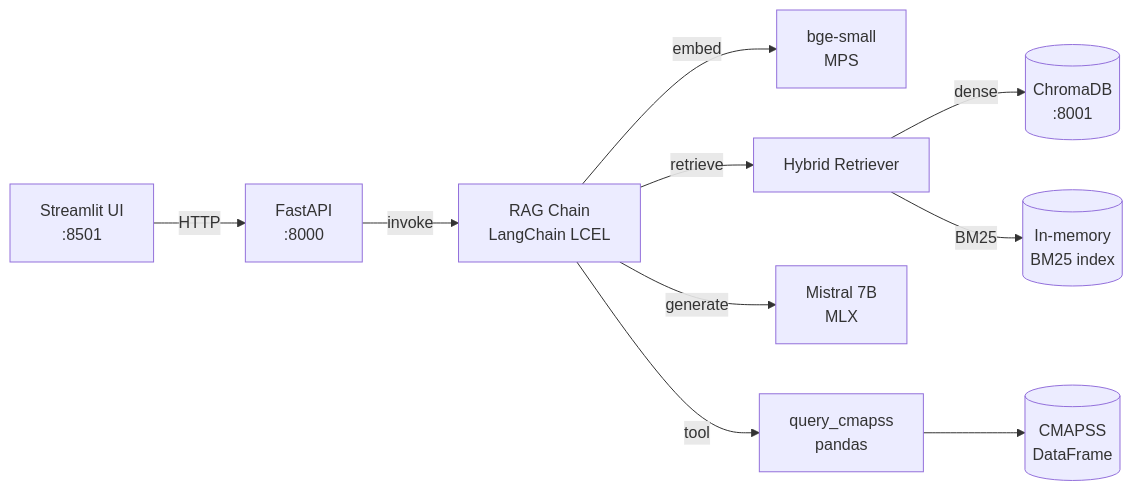
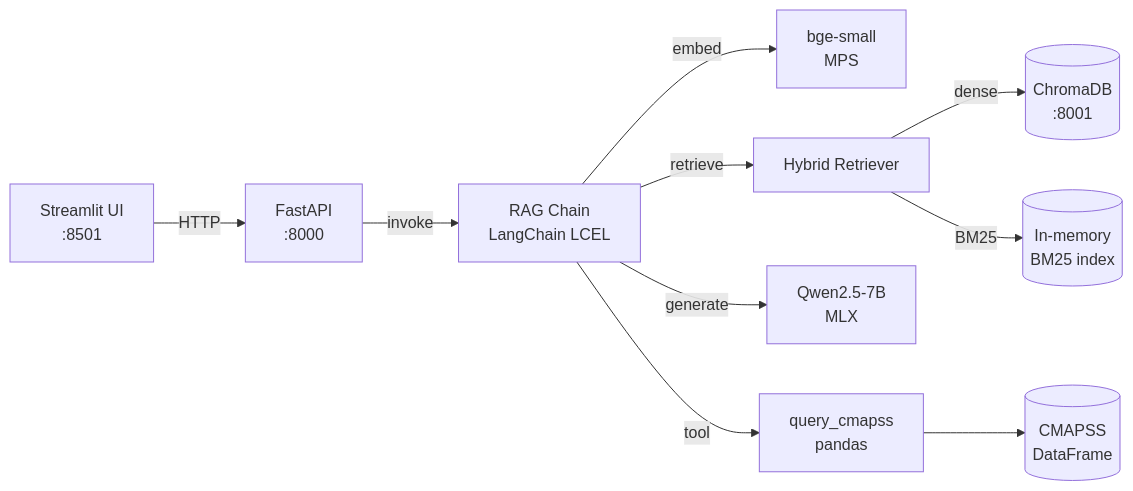
The diagram in docs/architecture.md (PDUCLOS/maintenance), drawn with Mermaid before and after one commit. The commit also changed other lines of this file and 33 other files, not shown here.

````diff
--- a/docs/architecture.md
+++ b/docs/architecture.md
@@ -55,12 +55,12 @@
 ```mermaid
 flowchart LR
     UI[Streamlit UI<br/>:8501] -->|HTTP| API[FastAPI<br/>:8000]
     API -->|invoke| RAG[RAG Chain<br/>LangChain LCEL]
     RAG -->|embed| EMB[bge-small<br/>MPS]
     RAG -->|retrieve| HYB[Hybrid Retriever]
     HYB -->|dense| CHR[(ChromaDB<br/>:8001)]
     HYB -->|BM25| BM25[(In-memory<br/>BM25 index)]
-    RAG -->|generate| LLM[Mistral 7B<br/>MLX]
+    RAG -->|generate| LLM[Qwen2.5-7B<br/>MLX]
     RAG -->|tool| TOOL[query_cmapss<br/>pandas]
     TOOL --> DF[(CMAPSS<br/>DataFrame)]
 ```
````
